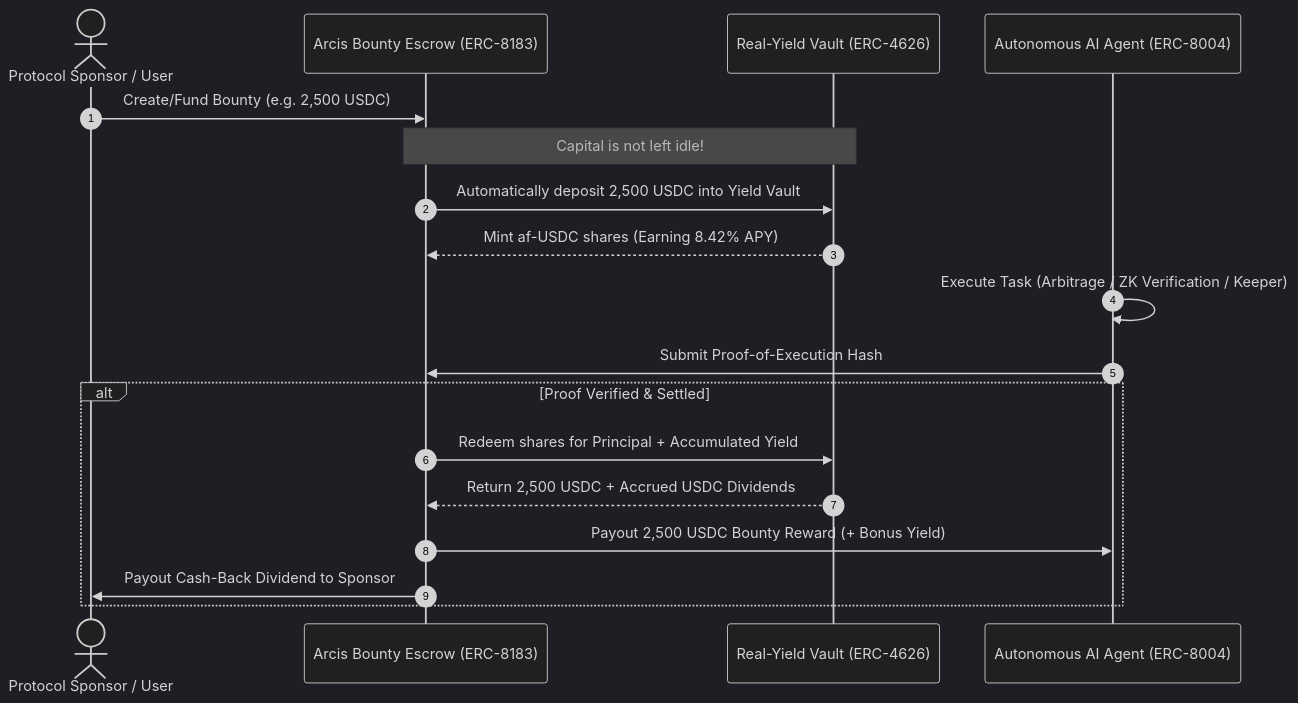
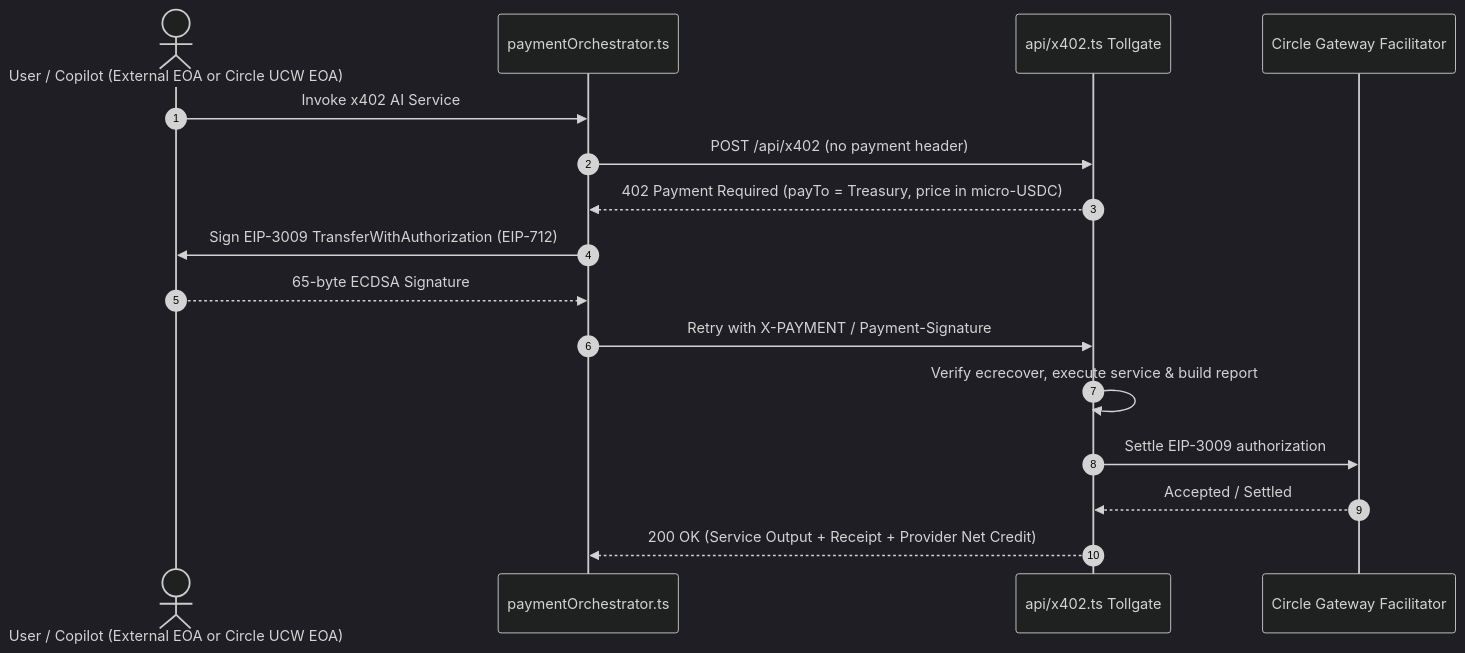
The second of 2 diagrams in README.md (yasarkar/arcis), drawn with Mermaid (dark theme) before and after one commit. The commit also changed other lines of this file and 4 other files, not shown here.

````diff
--- a/README.md
+++ b/README.md
@@ -189,23 +198,19 @@
 ```mermaid
 sequenceDiagram
     autonumber
-    actor Sponsor as Protocol Sponsor / User
-    participant Escrow as Arcis Bounty Escrow (ERC-8183)
-    participant Vault as Real-Yield Vault (ERC-4626)
-    participant Agent as Autonomous AI Agent (ERC-8004)
+    actor Payer as User / Copilot (External EOA or Circle UCW EOA)
+    participant Client as paymentOrchestrator.ts
+    participant Tollgate as api/x402.ts Tollgate
+    participant Circle as Circle Gateway Facilitator
 
-    Sponsor->>Escrow: Create/Fund Bounty (e.g. 2,500 USDC)
-    Note over Escrow,Vault: Capital is not left idle!
-    Escrow->>Vault: Automatically deposit 2,500 USDC into Yield Vault
-    Vault-->>Escrow: Mint af-USDC shares (Earning 8.42% APY)
-    
-    Agent->>Agent: Execute Task (Arbitrage / ZK Verification / Keeper)
-    Agent->>Escrow: Submit Proof-of-Execution Hash
-
-    alt Proof Verified & Settled
-        Escrow->>Vault: Redeem shares for Principal + Accumulated Yield
-        Vault-->>Escrow: Return 2,500 USDC + Accrued USDC Dividends
-        Escrow->>Agent: Payout 2,500 USDC Bounty Reward (+ Bonus Yield)
-        Escrow->>Sponsor: Payout Cash-Back Dividend to Sponsor
-    end
+    Payer->>Client: Invoke x402 AI Service
+    Client->>Tollgate: POST /api/x402 (no payment header)
+    Tollgate-->>Client: 402 Payment Required (payTo = Treasury, price in micro-USDC)
+    Client->>Payer: Sign EIP-3009 TransferWithAuthorization (EIP-712)
+    Payer-->>Client: 65-byte ECDSA Signature
+    Client->>Tollgate: Retry with X-PAYMENT / Payment-Signature
+    Tollgate->>Tollgate: Verify ecrecover, execute service & build report
+    Tollgate->>Circle: Settle EIP-3009 authorization
+    Circle-->>Tollgate: Accepted / Settled
+    Tollgate-->>Client: 200 OK (Service Output + Receipt + Provider Net Credit)
 ```
````
